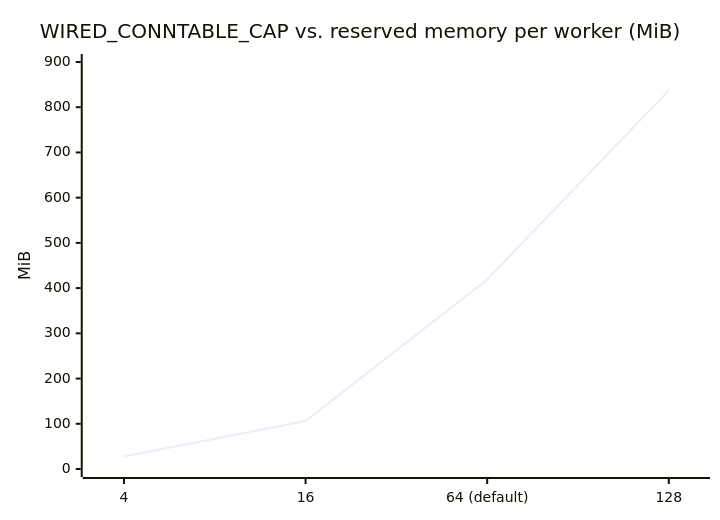
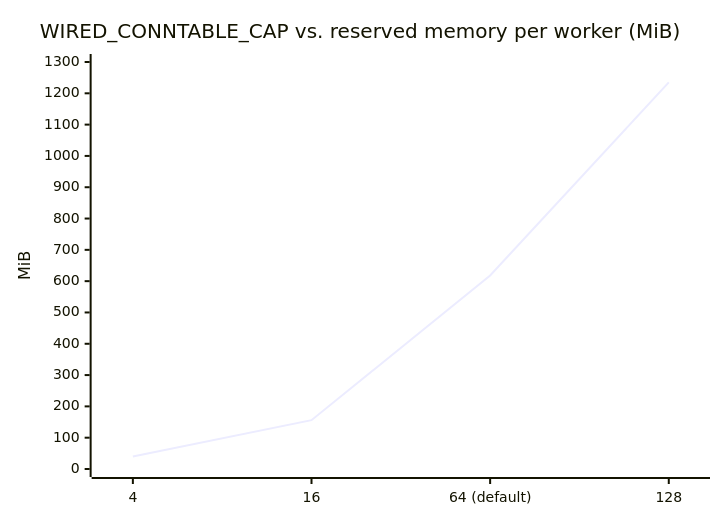
Before and after one commit to Hakkadaikon/wired: the ninth of 9 diagrams in docs/architecture/memory.md, drawn with Mermaid. The commit also changed other lines of this file and 4 other files, not shown here.

````diff
--- a/docs/architecture/memory.md
+++ b/docs/architecture/memory.md
@@ -168,7 +168,7 @@
 ```mermaid
 xychart-beta
     title "WIRED_CONNTABLE_CAP vs. reserved memory per worker (MiB)"
     x-axis ["4", "16", "64 (default)", "128"]
-    y-axis "MiB" 0 --> 900
-    line [27.8, 106, 419, 837]
+    y-axis "MiB" 0 --> 1300
+    line [40.2, 156, 618, 1235]
 ```
````
